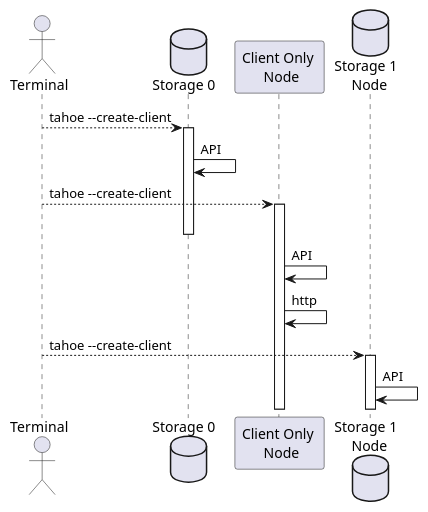
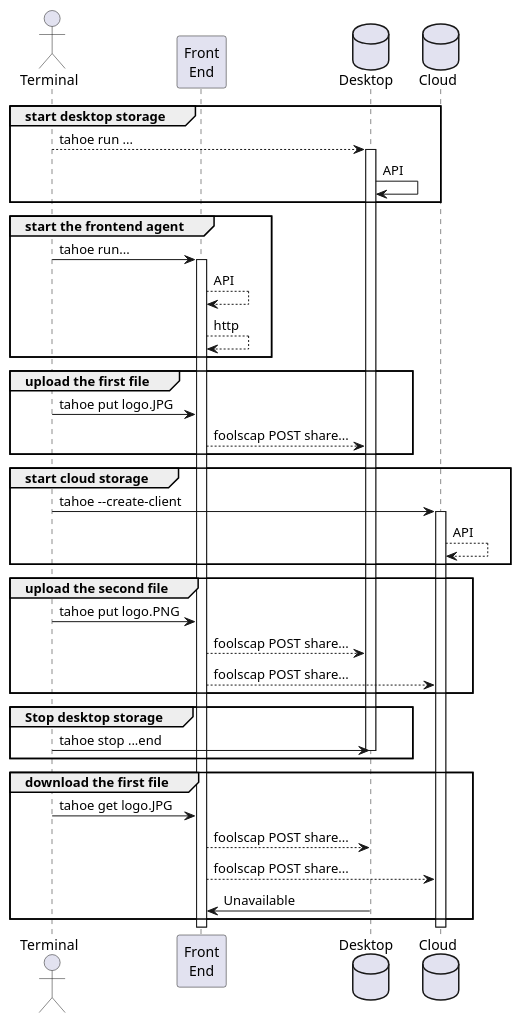
Before and after one commit to blaisep/tahoe-lafs: the diagram in docs/operations.puml, drawn with PlantUML. The commit also changed 1 other file, not shown here.

Commit message:
WIP 4120 source code for diagrams

```diff
--- a/docs/operations.puml
+++ b/docs/operations.puml
@@ -1,23 +1,52 @@
 @startuml
 skinparam Shadowing false
 
 actor "Terminal" as cli
-database "Storage 0 " as storage0
-participant "Client Only \n Node" as client0
-database "Storage 1 \n Node" as storage1
+participant "Front\nEnd" as client0
+database "Desktop " as storage0
+database "Cloud" as storage1
 
-cli --> storage0 : tahoe --create-client
-activate storage0
-storage0 -> storage0 : API
 
-cli --> client0 : tahoe --create-client
-activate client0
-deactivate storage0
+group start desktop storage
+    cli --> storage0 : tahoe run ...
+    activate storage0
+    storage0 -> storage0 : API
+end
 
-client0 -> client0 : API
-client0 -> client0 : http
+group start the frontend agent
+    cli -> client0 : tahoe run...
+    activate client0
 
-cli --> storage1 : tahoe --create-client
-activate storage1
-storage1 -> storage1 : API
+    client0 --> client0 : API
+    client0 --> client0 : http
+end
+
+group upload the first file
+    cli -> client0 : tahoe put logo.JPG
+    client0 --> storage0 : foolscap POST share...
+end
+
+group start cloud storage
+    cli -> storage1 : tahoe --create-client
+    activate storage1
+    storage1 --> storage1 : API
+end
+
+group upload the second file
+    cli -> client0 : tahoe put logo.PNG
+    client0 --> storage0 : foolscap POST share...
+    client0 --> storage1 : foolscap POST share...
+end
+
+group Stop desktop storage
+    cli -> storage0 : tahoe stop ...end
+    deactivate storage0
+end
+
+group download the first file
+    cli -> client0 : tahoe get logo.JPG
+    client0 --> storage0 : foolscap POST share...
+    client0 --> storage1 : foolscap POST share...
+    client0 <- storage0 : Unavailable
+end
 @enduml
```
